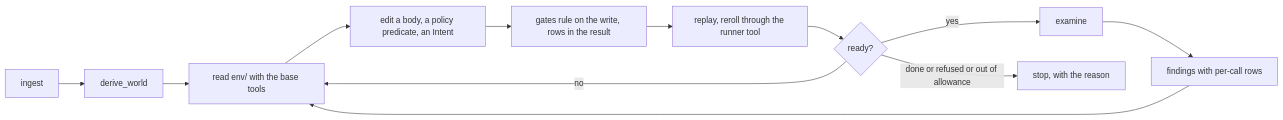
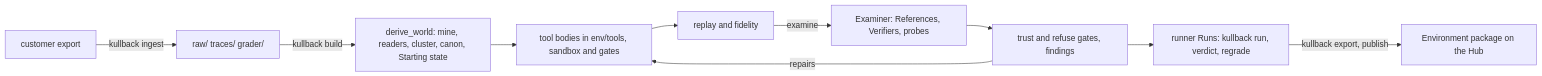
The diagram in docs/architecture.md (leiblerdev/kullback), drawn with Mermaid before and after one commit. The commit also changed other lines of this file and 1 other file, not shown here.

First line of the commit message:
docs: rewrite architecture from the code, with every module listed

````diff
--- a/docs/architecture.md
+++ b/docs/architecture.md
@@ -77,14 +62,12 @@
 ```mermaid
 flowchart LR
-    I[ingest] --> W[derive_world]
-    W --> R[read env/ with the base tools]
-    R --> E[edit a body, a policy predicate, an Intent]
-    E --> G[gates rule on the write, rows in the result]
-    G --> RP[replay, reroll through the runner tool]
-    RP --> X{ready?}
-    X -- no --> R
-    X -- yes --> EX[examine]
-    EX --> F[findings with per-call rows]
-    F --> R
-    X -- done or refused or out of allowance --> S[stop, with the reason]
+    A[customer export] -->|kullback ingest| B[raw/ traces/ grader/]
+    B -->|kullback build| C[derive_world: mine, readers, cluster, canon, Starting state]
+    C --> D[tool bodies in env/tools, sandbox and gates]
+    D --> E[replay and fidelity]
+    E -->|examine| F[Examiner: References, Verifiers, probes]
+    F --> G[trust and refuse gates, findings]
+    G -->|repairs| D
+    G --> H[runner Runs: kullback run, verdict, regrade]
+    H -->|kullback export, publish| I[Environment package on the Hub]
 ```
````
